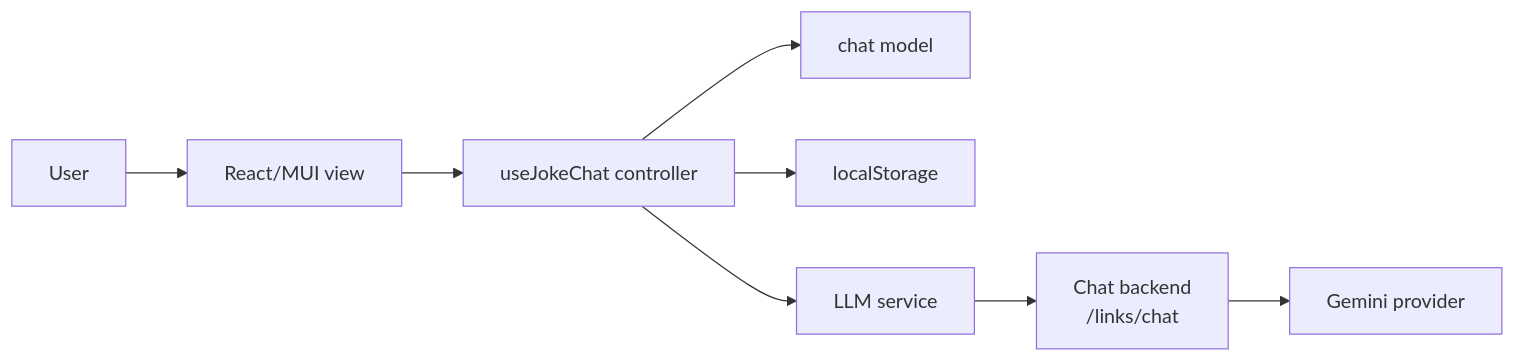
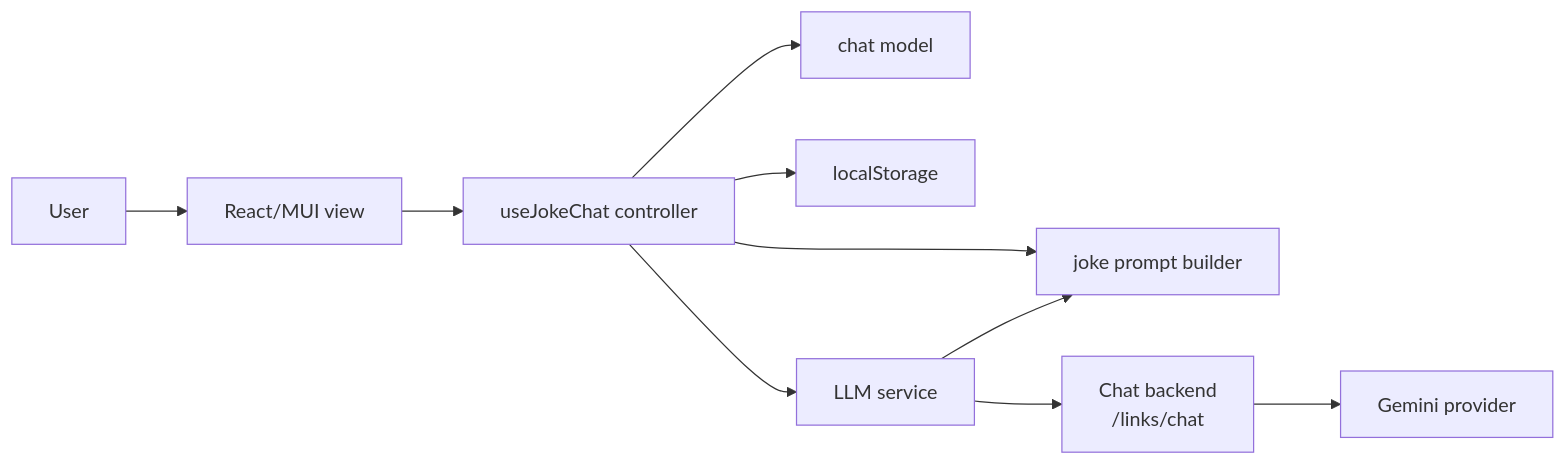
One commit to johnpfeiffer/joker changed the first of 2 diagrams in architecture.md. Above: the diagram before and after it, drawn with Mermaid. The commit also changed other lines of this file and 13 other files, not shown here.

````diff
--- a/architecture.md
+++ b/architecture.md
@@ -5,10 +5,12 @@
 ```mermaid
 flowchart LR
   U["User"] --> V["React/MUI view"]
   V --> C["useJokeChat controller"]
   C --> M["chat model"]
+  C --> P["joke prompt builder"]
   C --> S["localStorage"]
   C --> L["LLM service"]
+  L --> P
   L --> A["Chat backend<br/>/links/chat"]
   A --> G["Gemini provider"]
 ```
````
